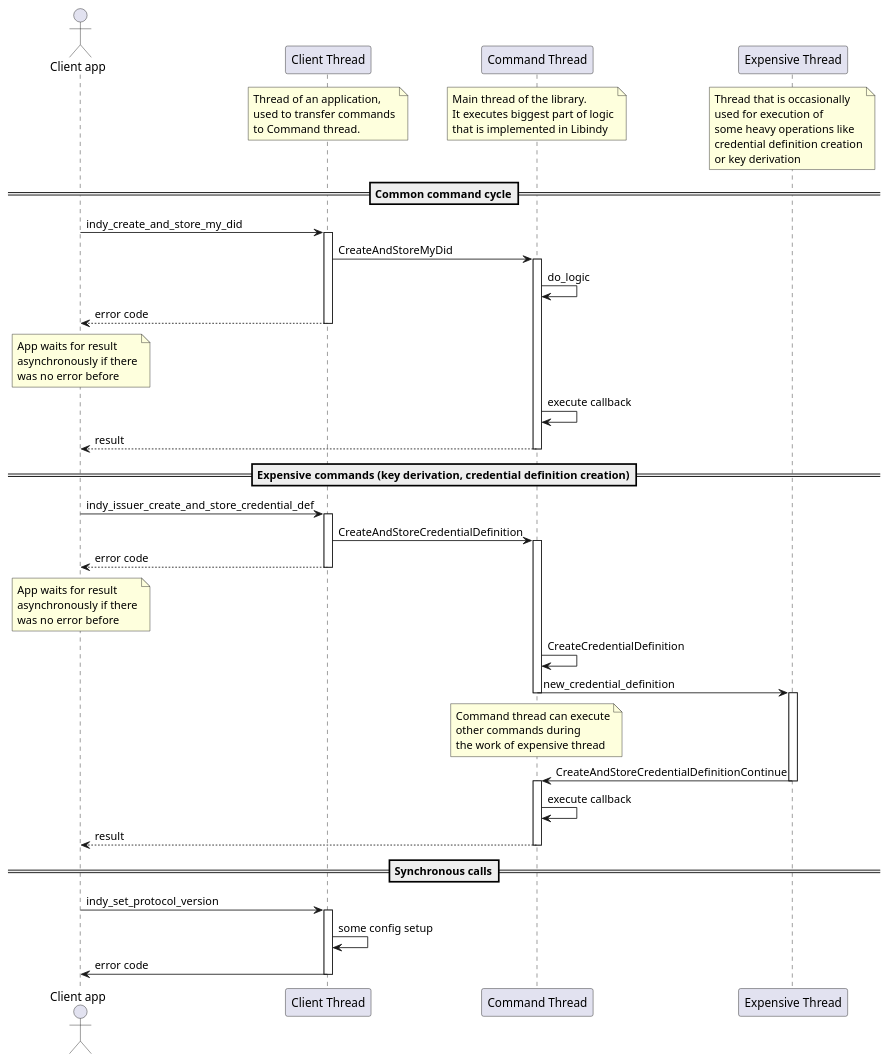
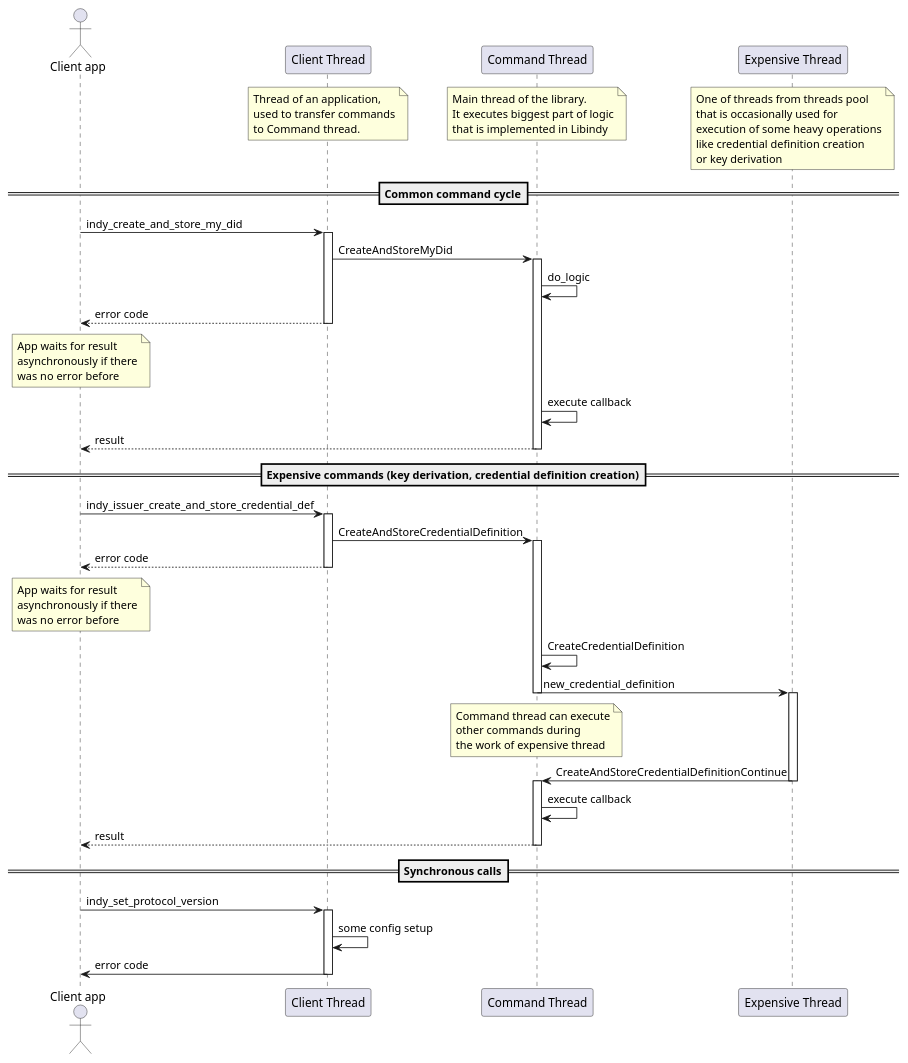
One commit to hyperledger-archives/indy-sdk changed the diagram in docs/architecture/threading-model.puml. Above: the diagram before and after it, drawn with PlantUML.

Commit message:
Small correction in threading model diagram.

```diff
--- a/docs/architecture/threading-model.puml
+++ b/docs/architecture/threading-model.puml
@@ -1,75 +1,75 @@
 @startuml
 actor "Client app" as App
 participant "Client Thread" as Client
 note over Client
     Thread of an application,
     used to transfer commands
     to Command thread.
 end note
 participant "Command Thread" as Command
 / note over Command
     Main thread of the library.
     It executes biggest part of logic
     that is implemented in Libindy
 end note
 participant "Expensive Thread" as Expensive
 / note over Expensive
-    Thread that is occasionally
-    used for execution of
-    some heavy operations like
-    credential definition creation
+    One of threads from threads pool
+    that is occasionally used for
+    execution of some heavy operations
+    like credential definition creation
     or key derivation
 end note
 
 ==Common command cycle==
 App -> Client: indy_create_and_store_my_did
 activate Client
 Client -> Command: CreateAndStoreMyDid
 activate Command
 Command -> Command: do_logic
 Client --> App: error code
 note over App
     App waits for result
     asynchronously if there
     was no error before
 end note
 deactivate Client
 Command -> Command: execute callback
 Command --> App: result
 deactivate Command
 
 ==Expensive commands (key derivation, credential definition creation)==
 App -> Client: indy_issuer_create_and_store_credential_def
 activate Client
 Client -> Command: CreateAndStoreCredentialDefinition
 activate Command
 Client --> App: error code
 deactivate Client
 note over App
     App waits for result
     asynchronously if there
     was no error before
 end note
 Command -> Command: CreateCredentialDefinition
 Command -> Expensive: new_credential_definition
 deactivate Command
 note over Command
     Command thread can execute
     other commands during
     the work of expensive thread
 end note
 activate Expensive
 Expensive -> Command: CreateAndStoreCredentialDefinitionContinue
 deactivate Expensive
 activate Command
 Command -> Command: execute callback
 Command --> App: result
 deactivate Command
 
 ==Synchronous calls==
 App -> Client: indy_set_protocol_version
 activate Client
 Client -> Client: some config setup
 Client -> App: error code
 deactivate Client
 @enduml
```
